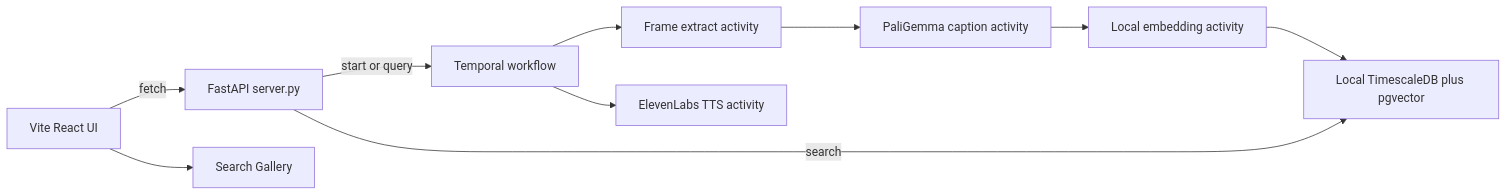
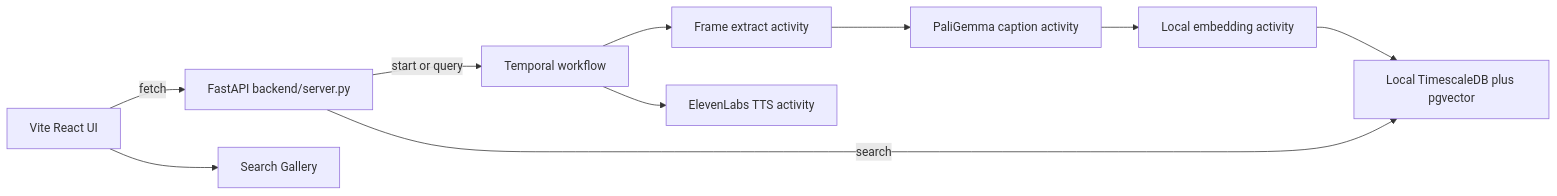
Before and after one commit to devinuwa/smart-proxy-tagger: the diagram in docs/ARCHITECTURE.md, drawn with Mermaid. The commit also changed other lines of this file and 12 other files, not shown here.

First line of the commit message:
Group the Python modules in backend so the API and worker are easy to find.

````diff
--- a/docs/ARCHITECTURE.md
+++ b/docs/ARCHITECTURE.md
@@ -11,12 +11,12 @@
 ```mermaid
 flowchart LR
-  UI["Vite React UI"] -->|"fetch"| API["FastAPI server.py"]
+  UI["Vite React UI"] -->|"fetch"| API["FastAPI backend/server.py"]
   API -->|"start or query"| Temporal["Temporal workflow"]
   Temporal --> Frames["Frame extract activity"]
   Frames --> Gemma["PaliGemma caption activity"]
   Gemma --> Embed["Local embedding activity"]
   Embed --> DB["Local TimescaleDB plus pgvector"]
   Temporal --> Voice["ElevenLabs TTS activity"]
   API -->|"search"| DB
   UI --> Gallery["Search Gallery"]
 ```
````
